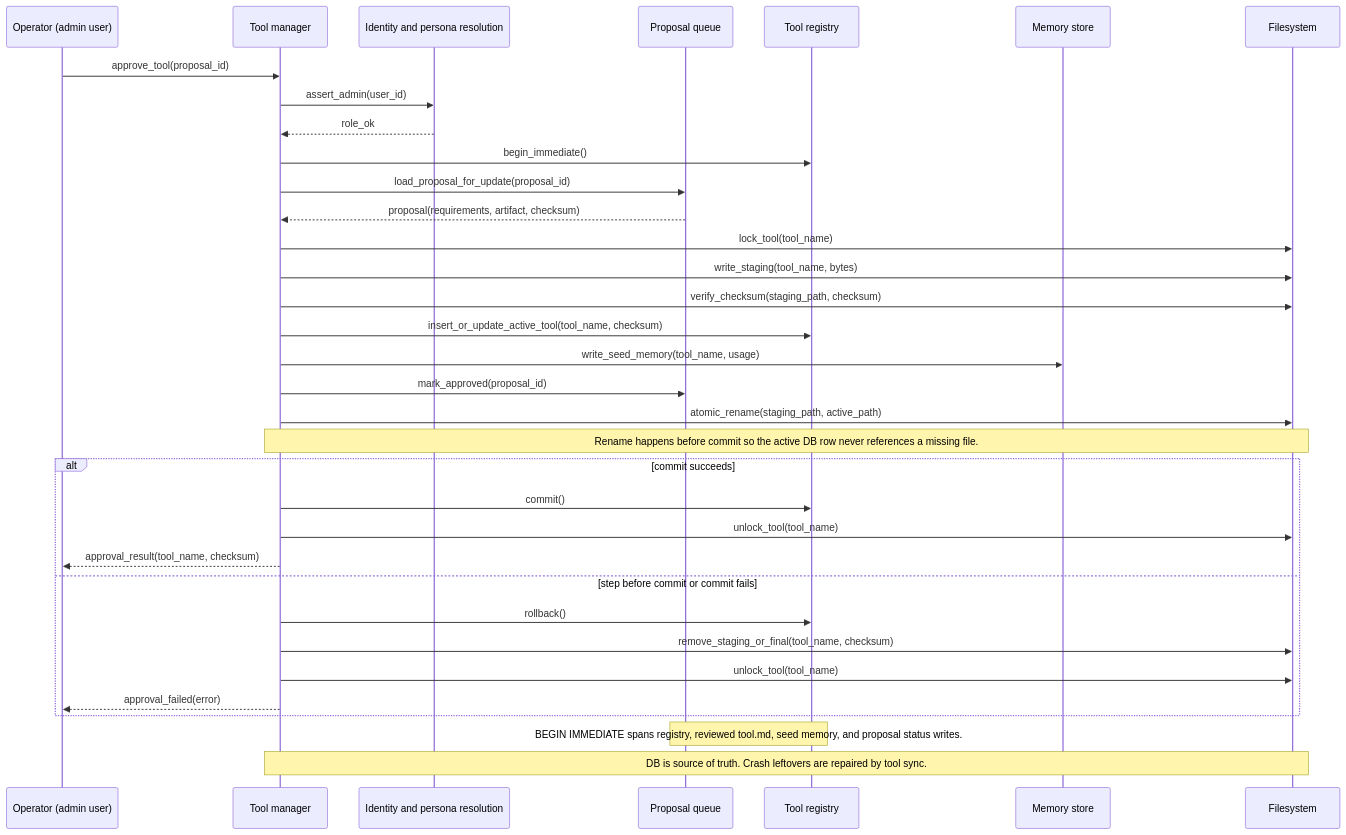
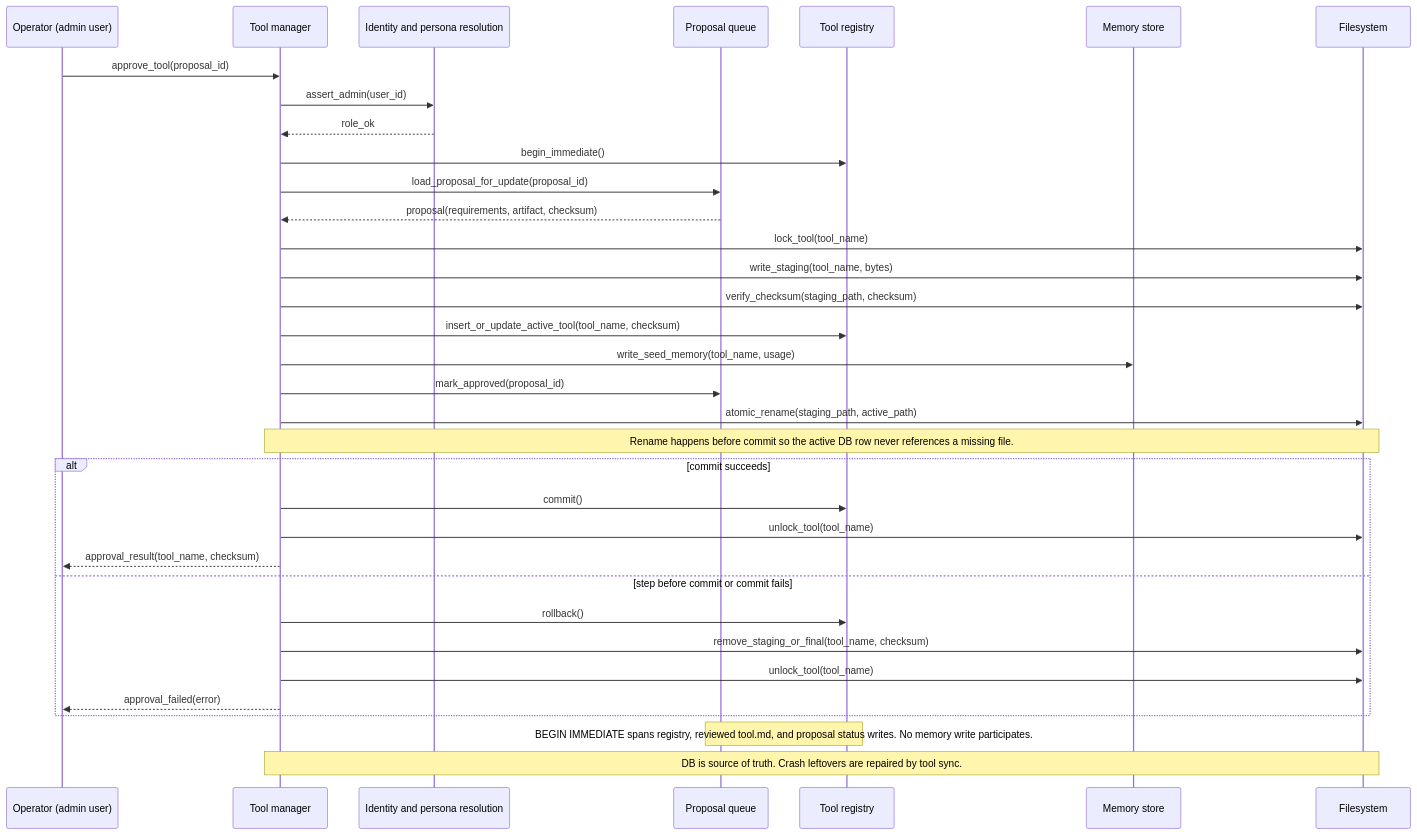
One commit to yanggf8/typhoonway changed the diagram in diagrams/seq-registry-mutation.mmd. Above: the diagram before and after it, drawn with Mermaid. The commit also changed 14 other files, not shown here.

```diff
--- a/diagrams/seq-registry-mutation.mmd
+++ b/diagrams/seq-registry-mutation.mmd
@@ -1,35 +1,35 @@
 sequenceDiagram
     participant Operator as Operator (admin user)
     participant Manager as Tool manager
     participant Identity as Identity and persona resolution
     participant Queue as Proposal queue
     participant Registry as Tool registry
     participant Memory as Memory store
     participant FS as Filesystem
 
     Operator->>Manager: approve_tool(proposal_id)
     Manager->>Identity: assert_admin(user_id)
     Identity-->>Manager: role_ok
     Manager->>Registry: begin_immediate()
     Manager->>Queue: load_proposal_for_update(proposal_id)
     Queue-->>Manager: proposal(requirements, artifact, checksum)
     Manager->>FS: lock_tool(tool_name)
     Manager->>FS: write_staging(tool_name, bytes)
     Manager->>FS: verify_checksum(staging_path, checksum)
     Manager->>Registry: insert_or_update_active_tool(tool_name, checksum)
     Manager->>Memory: write_seed_memory(tool_name, usage)
     Manager->>Queue: mark_approved(proposal_id)
     Manager->>FS: atomic_rename(staging_path, active_path)
     Note over Manager,FS: Rename happens before commit so the active DB row never references a missing file.
     alt commit succeeds
       Manager->>Registry: commit()
       Manager->>FS: unlock_tool(tool_name)
       Manager-->>Operator: approval_result(tool_name, checksum)
     else step before commit or commit fails
       Manager->>Registry: rollback()
       Manager->>FS: remove_staging_or_final(tool_name, checksum)
       Manager->>FS: unlock_tool(tool_name)
       Manager-->>Operator: approval_failed(error)
     end
-    Note over Registry,Queue: BEGIN IMMEDIATE spans registry, reviewed tool.md, seed memory, and proposal status writes.
+    Note over Registry,Queue: BEGIN IMMEDIATE spans registry, reviewed tool.md, and proposal status writes. No memory write participates.
     Note over Manager,FS: DB is source of truth. Crash leftovers are repaired by tool sync.
```
